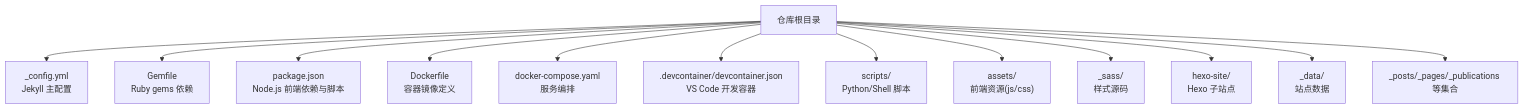
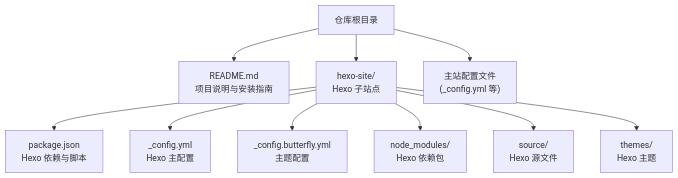
The first of 3 diagrams in .qoder/repowiki/zh/content/部署和维护/本地开发环境维护.md (CoolPig0720/CoolPig0720.github.io), drawn with Mermaid before and after one commit. The commit also changed other lines of this file and 36 other files, not shown here.

````diff
--- a/.qoder/repowiki/zh/content/部署和维护/本地开发环境维护.md
+++ b/.qoder/repowiki/zh/content/部署和维护/本地开发环境维护.md
@@ -38,15 +37,12 @@
 ```mermaid
 graph TB
-A["仓库根目录"] --> B["_config.yml<br/>Jekyll 主配置"]
-A --> C["Gemfile<br/>Ruby gems 依赖"]
-A --> D["package.json<br/>Node.js 前端依赖与脚本"]
-A --> E["Dockerfile<br/>容器镜像定义"]
-A --> F["docker-compose.yaml<br/>服务编排"]
-A --> G[".devcontainer/devcontainer.json<br/>VS Code 开发容器"]
-A --> H["scripts/<br/>Python/Shell 脚本"]
-A --> I["assets/<br/>前端资源(js/css)"]
-A --> J["_sass/<br/>样式源码"]
-A --> K["hexo-site/<br/>Hexo 子站点"]
-A --> L["_data/<br/>站点数据"]
-A --> M["_posts/_pages/_publications 等集合"]
+A["仓库根目录"] --> B["README.md<br/>项目说明与安装指南"]
+A --> C["hexo-site/<br/>Hexo 子站点"]
+A --> D["主站配置文件<br/>(_config.yml 等)"]
+C --> E["package.json<br/>Hexo 依赖与脚本"]
+C --> F["_config.yml<br/>Hexo 主配置"]
+C --> G["_config.butterfly.yml<br/>主题配置"]
+C --> H["node_modules/<br/>Hexo 依赖包"]
+C --> I["source/<br/>Hexo 源文件"]
+C --> J["themes/<br/>Hexo 主题"]
 ```
````
